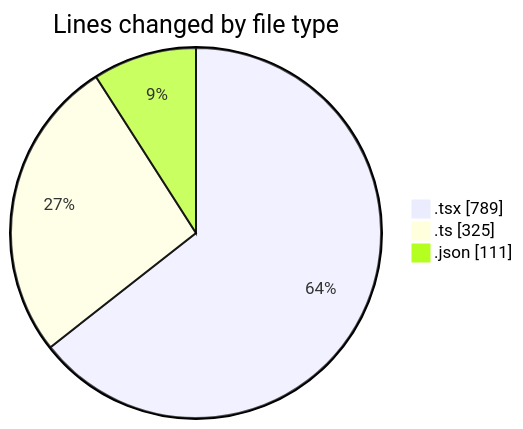
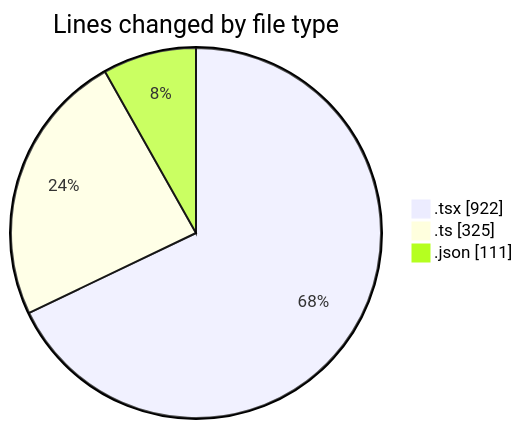
One commit to julien-gomy/code-tracking changed the first of 2 diagrams in 2025-11-08/eventscop-frontend-guide__workspace_/README.md. Above: the diagram before and after it, drawn with Mermaid. The commit also changed other lines of this file and 1 other file, not shown here.

````diff
--- a/2025-11-08/eventscop-frontend-guide__workspace_/README.md
+++ b/2025-11-08/eventscop-frontend-guide__workspace_/README.md
@@ -29,7 +30,7 @@
 ```mermaid
 pie showData
 title Lines changed by file type
-".tsx" : 789
+".tsx" : 922
 ".ts" : 325
 ".json" : 111
 ```
````
